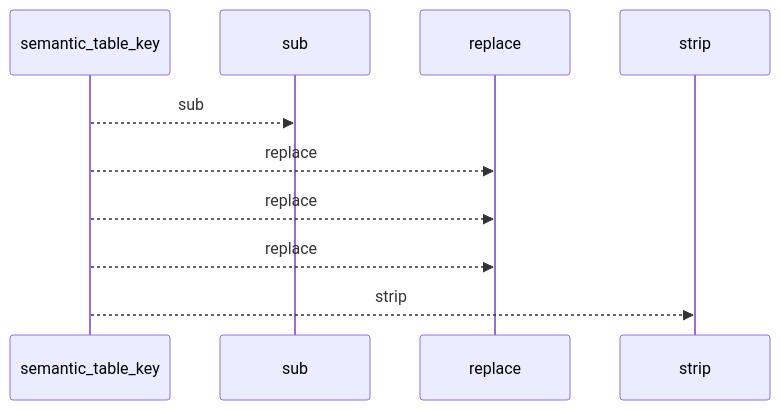
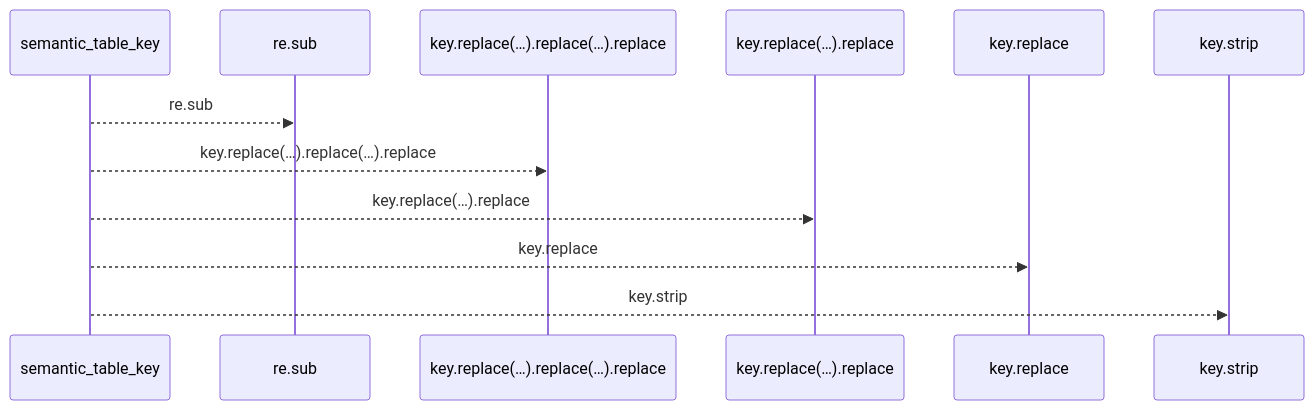
One commit to Denissvgn/python-wiki-llm changed the first of 2 diagrams in docs/llm_wiki/flows/api-semantic_table_key.md. Above: the diagram before and after it, drawn with Mermaid. The commit also changed other lines of this file and 719 other files, not shown here.

````diff
--- a/docs/llm_wiki/flows/api-semantic_table_key.md
+++ b/docs/llm_wiki/flows/api-semantic_table_key.md
@@ -10,12 +10,14 @@
 ```mermaid
 sequenceDiagram
     participant p0 as semantic_table_key
-    participant p1 as sub
-    participant p2 as replace
-    participant p3 as strip
-    p0-->>p1: sub
-    p0-->>p2: replace
-    p0-->>p2: replace
-    p0-->>p2: replace
-    p0-->>p3: strip
+    participant p1 as re.sub
+    participant p2 as key.replace(…).replace(…).replace
+    participant p3 as key.replace(…).replace
+    participant p4 as key.replace
+    participant p5 as key.strip
+    p0-->>p1: re.sub
+    p0-->>p2: key.replace(…).replace(…).replace
+    p0-->>p3: key.replace(…).replace
+    p0-->>p4: key.replace
+    p0-->>p5: key.strip
 ```
````
